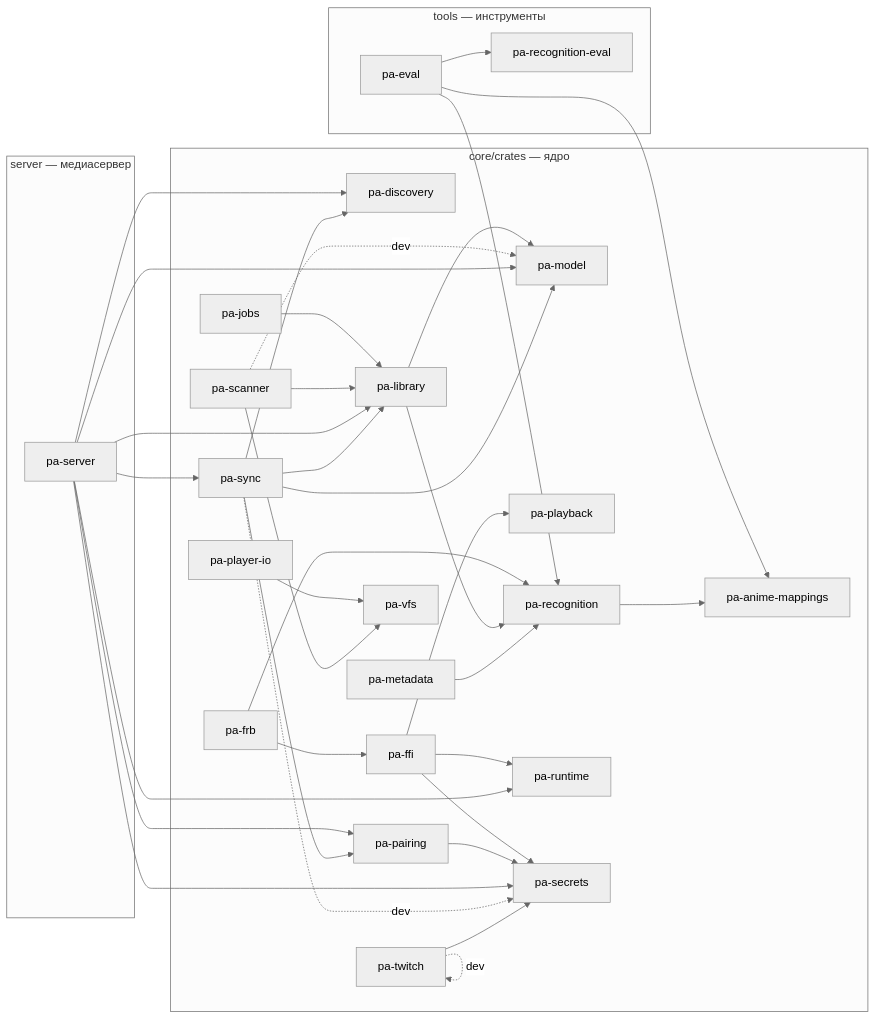
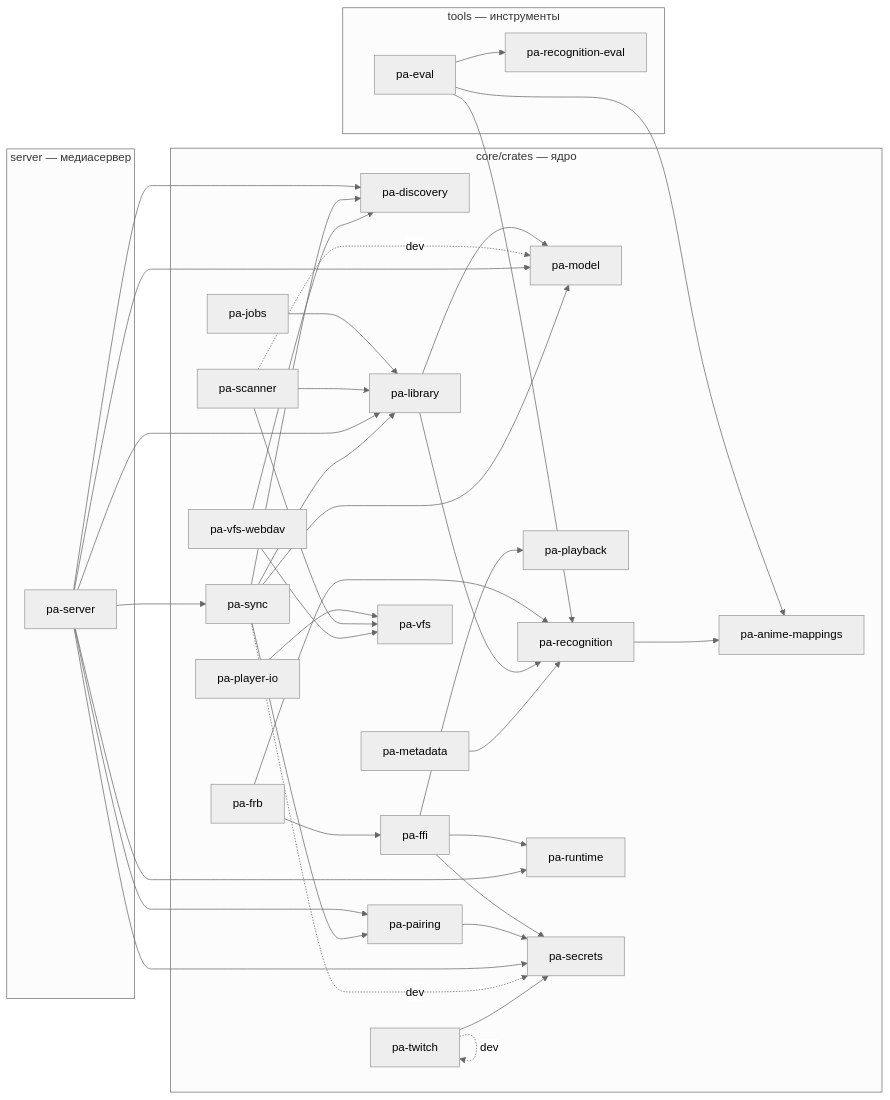
The diagram in docs/dev/crate-graph.md (DenisHumen/project_alpha), drawn with Mermaid (neutral theme) before and after one commit. The commit also changed other lines of this file and 2 other files, not shown here.

Commit message:
Merge main; assign ADR numbers

````diff
--- a/docs/dev/crate-graph.md
+++ b/docs/dev/crate-graph.md
@@ -12,62 +12,65 @@
 ```mermaid
 flowchart LR
   subgraph g0["core/crates — ядро"]
     pa_anime_mappings["pa-anime-mappings"]
     pa_discovery["pa-discovery"]
     pa_ffi["pa-ffi"]
     pa_frb["pa-frb"]
     pa_jobs["pa-jobs"]
     pa_library["pa-library"]
     pa_metadata["pa-metadata"]
     pa_model["pa-model"]
     pa_pairing["pa-pairing"]
     pa_playback["pa-playback"]
     pa_player_io["pa-player-io"]
     pa_recognition["pa-recognition"]
     pa_runtime["pa-runtime"]
     pa_scanner["pa-scanner"]
     pa_secrets["pa-secrets"]
     pa_sync["pa-sync"]
     pa_twitch["pa-twitch"]
     pa_vfs["pa-vfs"]
+    pa_vfs_webdav["pa-vfs-webdav"]
   end
   subgraph g1["server — медиасервер"]
     pa_server["pa-server"]
   end
   subgraph g2["tools — инструменты"]
     pa_eval["pa-eval"]
     pa_recognition_eval["pa-recognition-eval"]
   end
   pa_eval --> pa_anime_mappings
   pa_eval --> pa_recognition
   pa_eval --> pa_recognition_eval
   pa_ffi --> pa_playback
   pa_ffi --> pa_runtime
   pa_ffi --> pa_secrets
   pa_frb --> pa_ffi
   pa_frb --> pa_recognition
   pa_jobs --> pa_library
   pa_library --> pa_model
   pa_library --> pa_recognition
   pa_metadata --> pa_recognition
   pa_pairing --> pa_secrets
   pa_player_io --> pa_vfs
   pa_recognition --> pa_anime_mappings
   pa_scanner --> pa_library
   pa_scanner -. dev .-> pa_model
   pa_scanner --> pa_vfs
   pa_server --> pa_discovery
   pa_server --> pa_library
   pa_server --> pa_model
   pa_server --> pa_pairing
   pa_server --> pa_runtime
   pa_server --> pa_secrets
   pa_server --> pa_sync
   pa_sync --> pa_discovery
   pa_sync --> pa_library
   pa_sync --> pa_model
   pa_sync --> pa_pairing
   pa_sync -. dev .-> pa_secrets
   pa_twitch --> pa_secrets
   pa_twitch -. dev .-> pa_twitch
+  pa_vfs_webdav --> pa_discovery
+  pa_vfs_webdav --> pa_vfs
 ```
````
